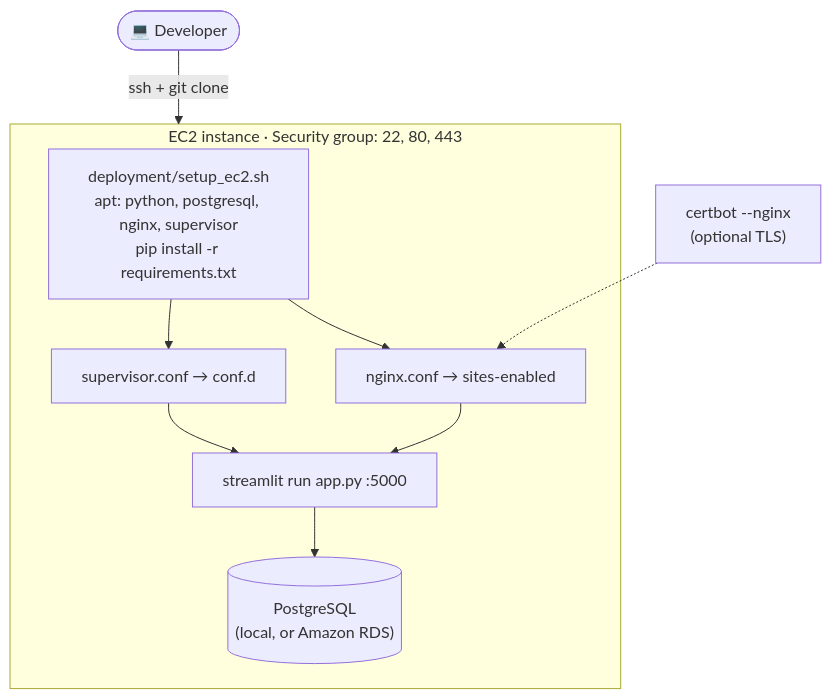
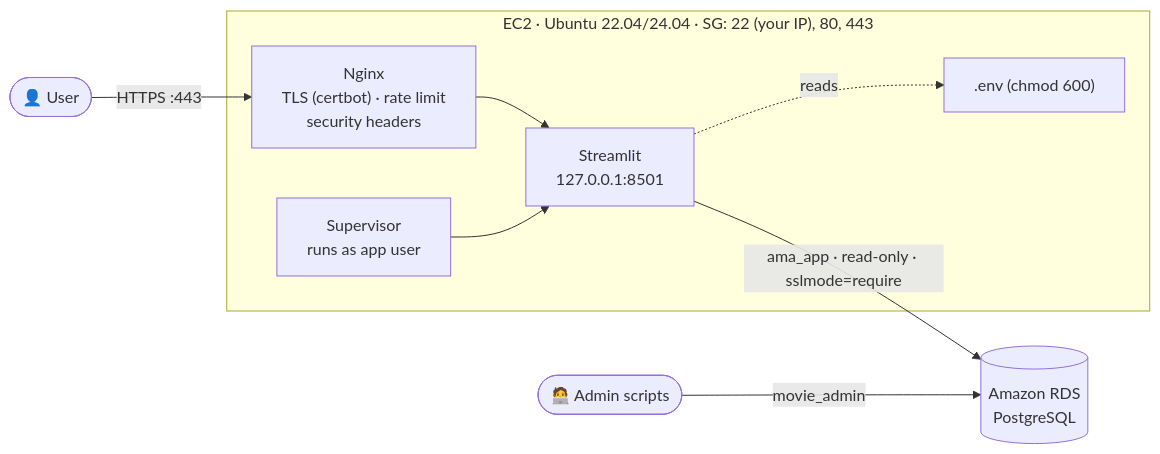
One commit to codemarquis/ai-movie-advisor changed the third of 4 diagrams in README.md. Above: the diagram before and after it, drawn with Mermaid. The commit also changed other lines of this file and 3 other files, not shown here.

First line of the commit message:
docs: README and deployment guide for the new architecture

````diff
--- a/README.md
+++ b/README.md
@@ -138,13 +185,15 @@
 ```mermaid
-flowchart TB
-    dev([💻 Developer]) -->|ssh + git clone| ec2
-    subgraph ec2["EC2 instance · Security group: 22, 80, 443"]
-        setup["deployment/setup_ec2.sh<br/>apt: python, postgresql, nginx, supervisor<br/>pip install -r requirements.txt"]
-        setup --> nginxconf["nginx.conf → sites-enabled"]
-        setup --> supconf["supervisor.conf → conf.d"]
-        supconf --> st["streamlit run app.py :5000"]
-        nginxconf --> st
-        st --> db[("PostgreSQL<br/>(local, or Amazon RDS)")]
+flowchart LR
+    user([👤 User]) -->|"HTTPS :443"| nginx
+    subgraph ec2["EC2 · Ubuntu 22.04/24.04 · SG: 22 (your IP), 80, 443"]
+        nginx["Nginx<br/>TLS (certbot) · rate limit<br/>security headers"]
+        sup["Supervisor<br/>runs as app user"]
+        app["Streamlit<br/>127.0.0.1:8501"]
+        env[".env (chmod 600)"]
+        nginx --> app
+        sup --> app
+        app -.reads.-> env
     end
-    certbot["certbot --nginx<br/>(optional TLS)"] -.-> nginxconf
+    app -->|"ama_app · read-only · sslmode=require"| rds[("Amazon RDS<br/>PostgreSQL")]
+    admin(["🧑‍💻 Admin scripts"]) -->|"movie_admin"| rds
 ```
````
